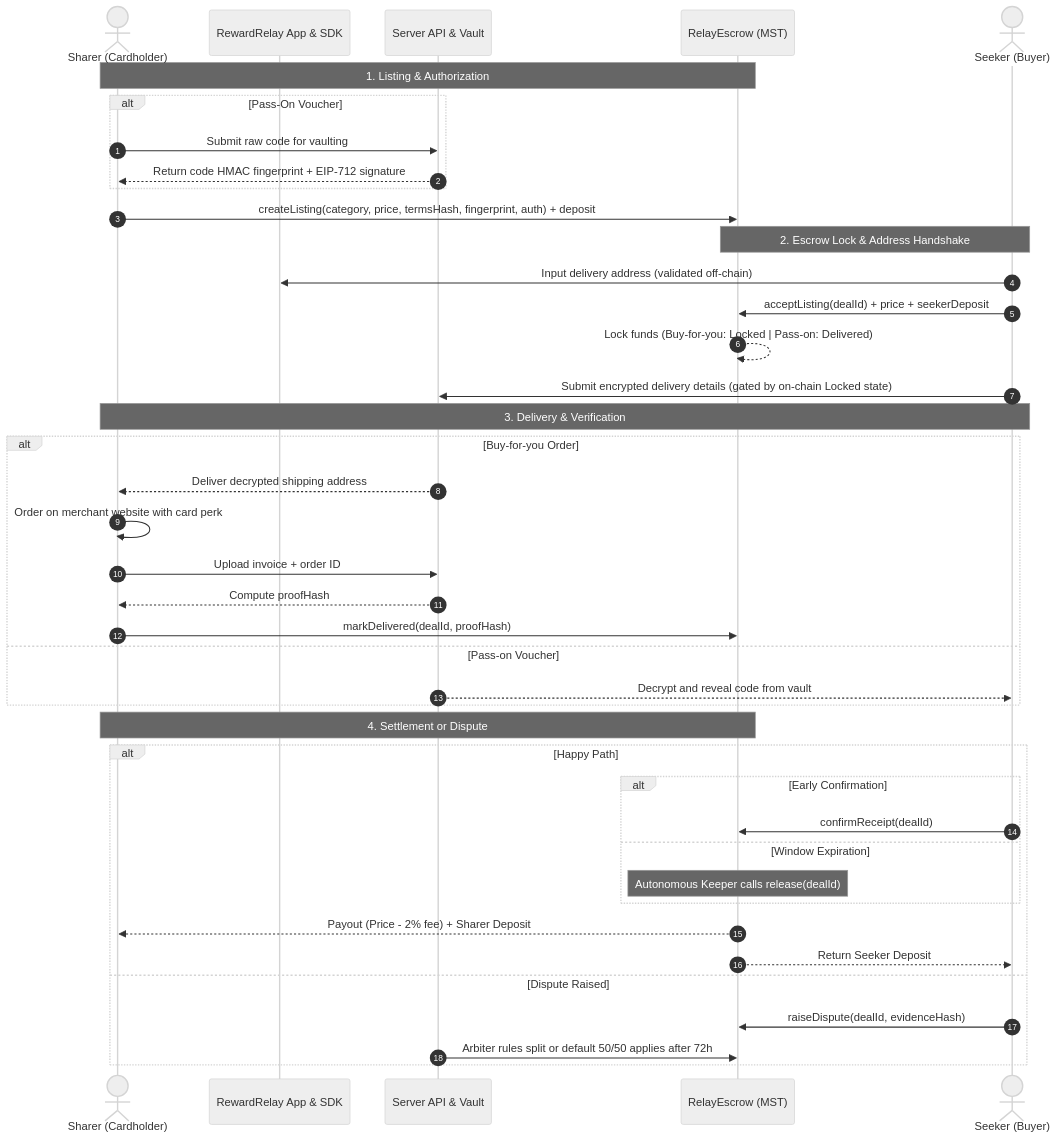
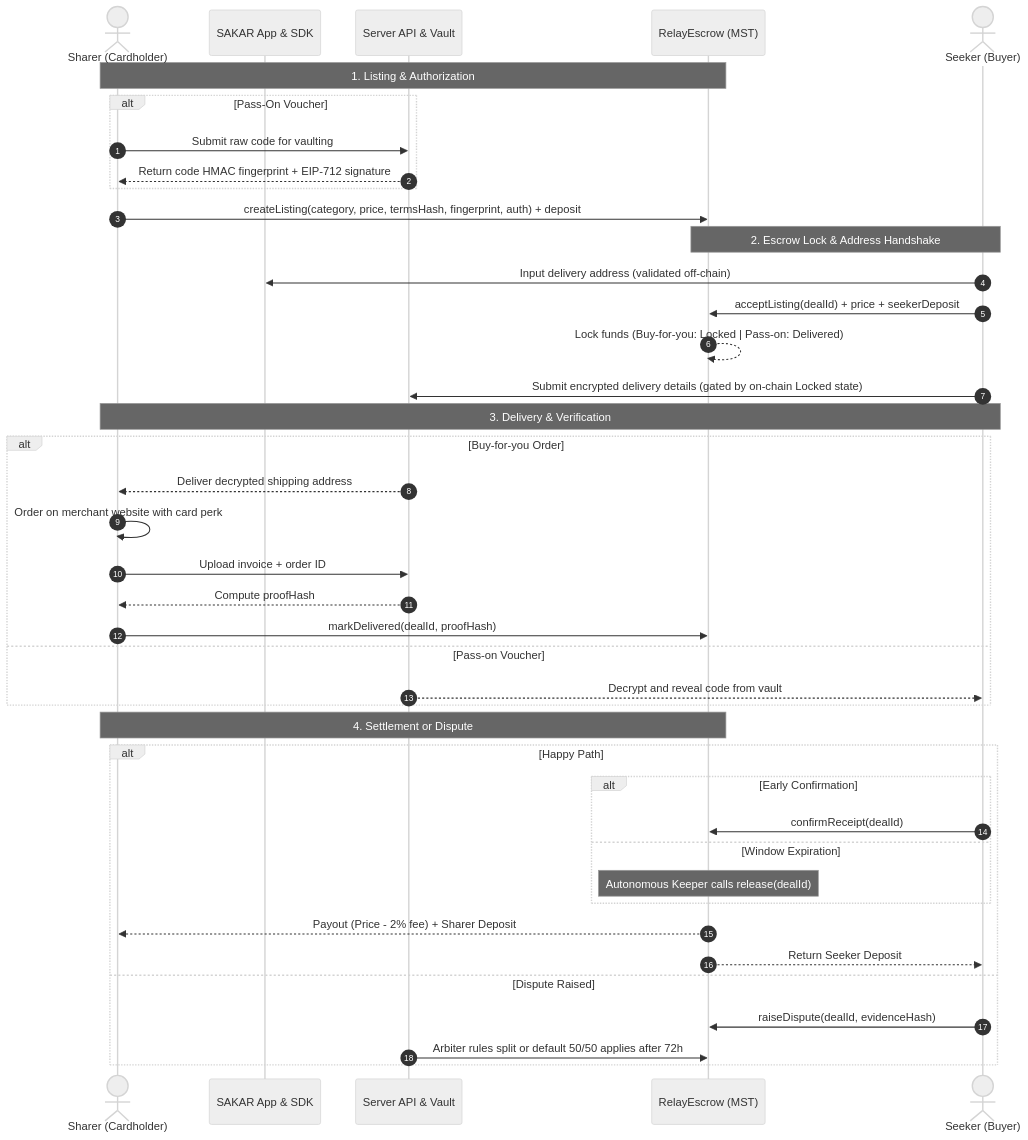
One commit to Atharvchaskar008/RewardRelay changed the first of 3 diagrams in README.md. Above: the diagram before and after it, drawn with Mermaid (neutral theme). The commit also changed other lines of this file and 37 other files, not shown here.

````diff
--- a/README.md
+++ b/README.md
@@ -68,47 +68,47 @@
 ```mermaid
 sequenceDiagram
     autonumber
     actor Sharer as Sharer (Cardholder)
-    participant UI as RewardRelay App & SDK
+    participant UI as SAKAR App & SDK
     participant API as Server API & Vault
     participant Escrow as RelayEscrow (MST)
     actor Seeker as Seeker (Buyer)
 
     Note over Sharer,Escrow: 1. Listing & Authorization
     alt Pass-On Voucher
         Sharer->>API: Submit raw code for vaulting
         API-->>Sharer: Return code HMAC fingerprint + EIP-712 signature
     end
     Sharer->>Escrow: createListing(category, price, termsHash, fingerprint, auth) + deposit
 
     Note over Seeker,Escrow: 2. Escrow Lock & Address Handshake
     Seeker->>UI: Input delivery address (validated off-chain)
     Seeker->>Escrow: acceptListing(dealId) + price + seekerDeposit
     Escrow-->>Escrow: Lock funds (Buy-for-you: Locked | Pass-on: Delivered)
     Seeker->>API: Submit encrypted delivery details (gated by on-chain Locked state)
 
     Note over Sharer,Seeker: 3. Delivery & Verification
     alt Buy-for-you Order
         API-->>Sharer: Deliver decrypted shipping address
         Sharer->>Sharer: Order on merchant website with card perk
         Sharer->>API: Upload invoice + order ID
         API-->>Sharer: Compute proofHash
         Sharer->>Escrow: markDelivered(dealId, proofHash)
     else Pass-on Voucher
         API-->>Seeker: Decrypt and reveal code from vault
     end
 
     Note over Sharer,Escrow: 4. Settlement or Dispute
     alt Happy Path
         alt Early Confirmation
             Seeker->>Escrow: confirmReceipt(dealId)
         else Window Expiration
             Note over Escrow: Autonomous Keeper calls release(dealId)
         end
         Escrow-->>Sharer: Payout (Price - 2% fee) + Sharer Deposit
         Escrow-->>Seeker: Return Seeker Deposit
     else Dispute Raised
         Seeker->>Escrow: raiseDispute(dealId, evidenceHash)
         API->>Escrow: Arbiter rules split or default 50/50 applies after 72h
     end
 ```
````
